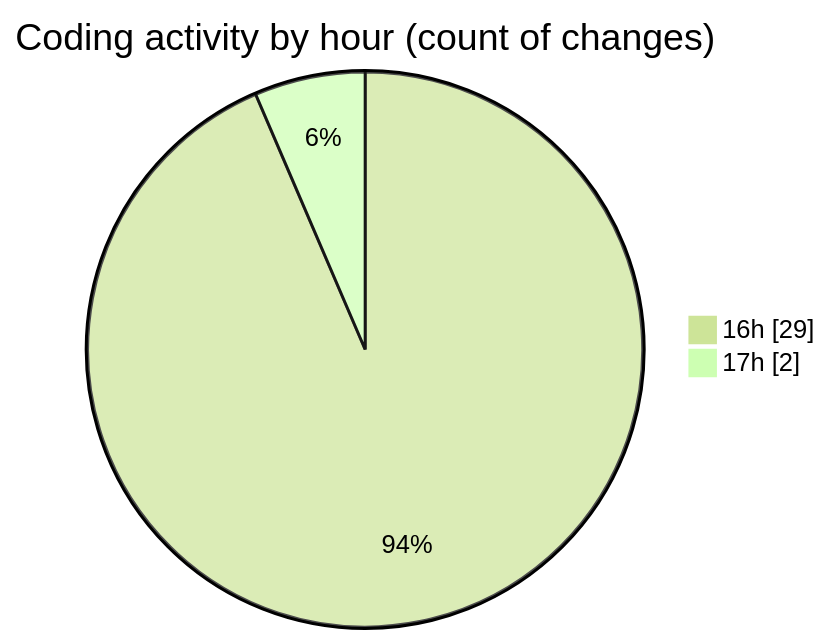
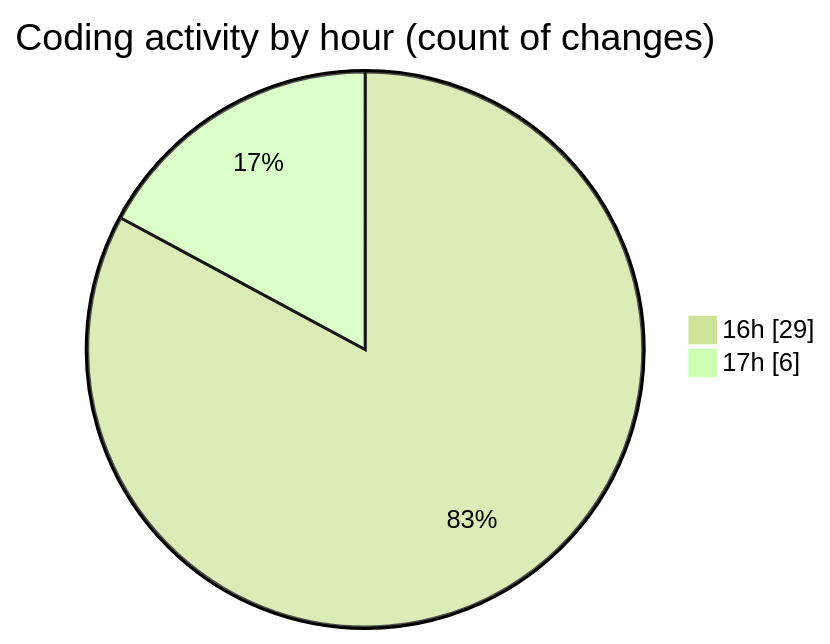
The second of 2 diagrams in 2025-11-01/skintrack/README.md (Netris89/code-tracking), drawn with Mermaid (forest theme) before and after one commit. The commit also changed other lines of this file and 1 other file, not shown here.

````diff
--- a/2025-11-01/skintrack/README.md
+++ b/2025-11-01/skintrack/README.md
@@ -31,6 +31,6 @@
 ```mermaid
 pie showData
 title Coding activity by hour (count of changes)
 "16h" : 29
-"17h" : 2
+"17h" : 6
 ```
````
